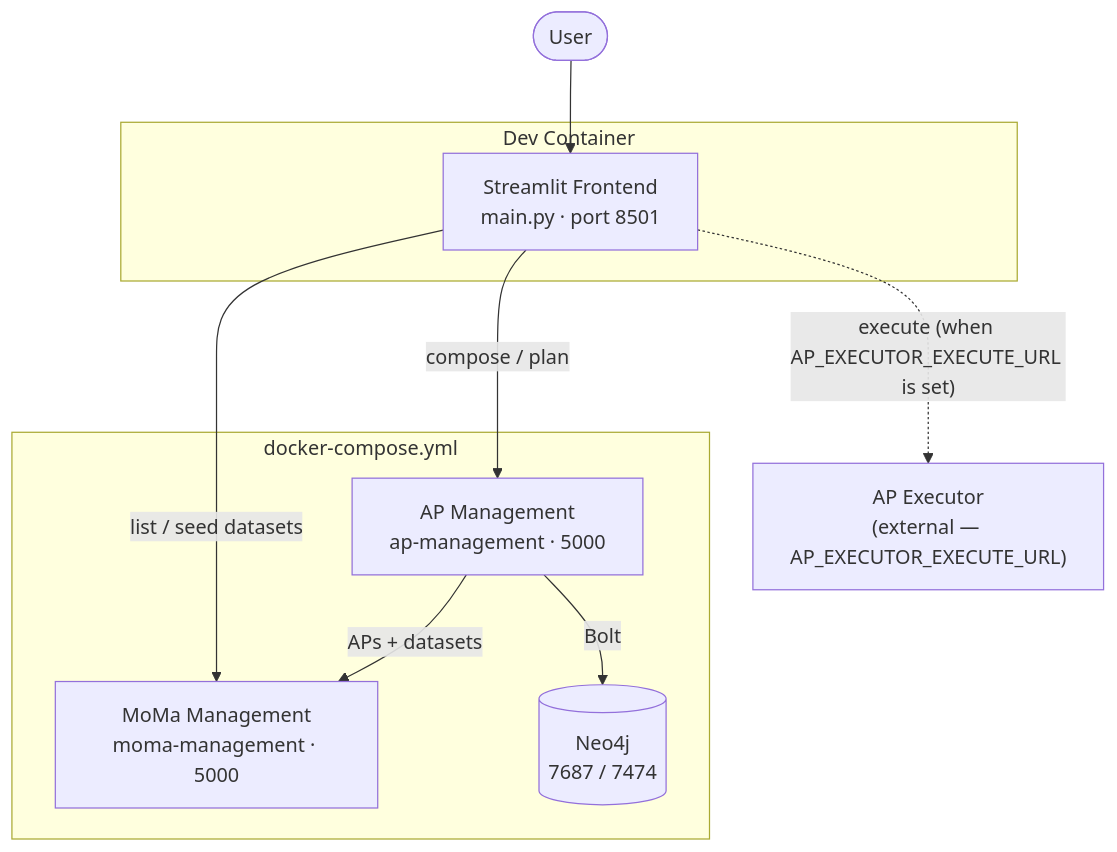
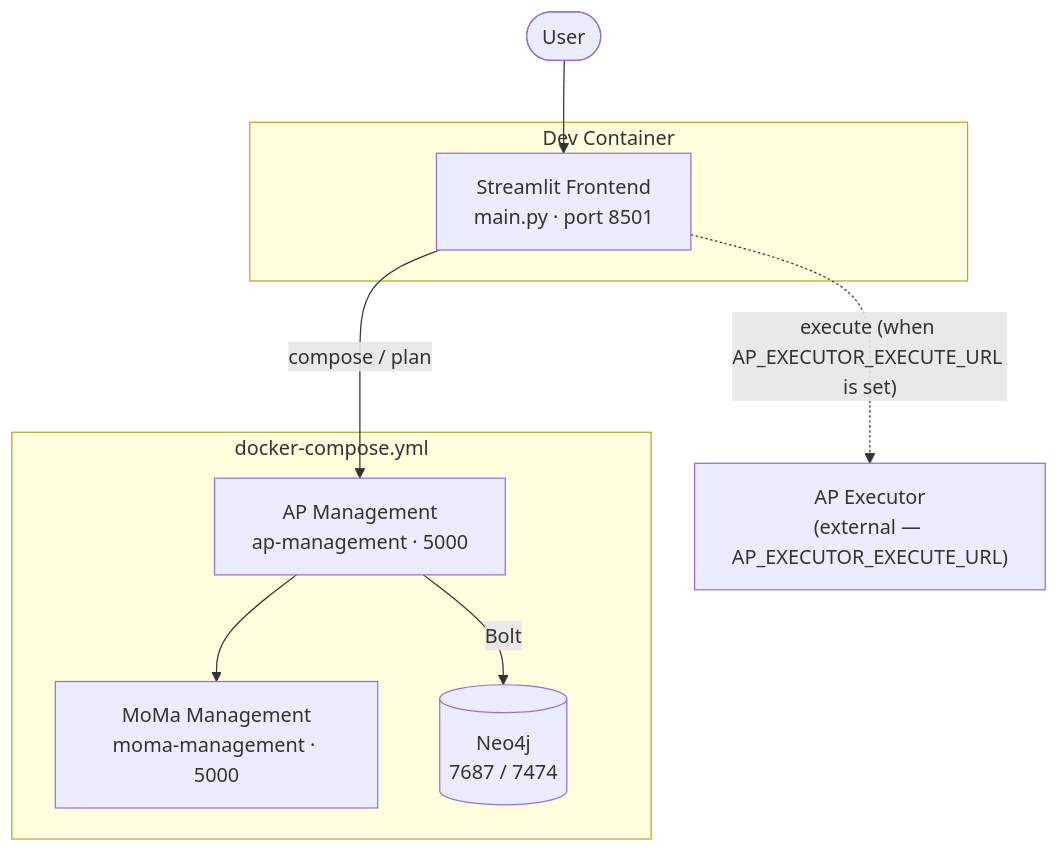
Before and after one commit to SoTrx/demo-ap-composition: the diagram in README.md, drawn with Mermaid. The commit also changed other lines of this file and 22 other files, not shown here.

````diff
--- a/README.md
+++ b/README.md
@@ -23,23 +22,22 @@
 ```mermaid
 graph TD
     User(["User"])
 
     subgraph devcontainer ["Dev Container"]
         Streamlit["Streamlit Frontend<br>main.py · port 8501"]
     end
 
     subgraph base ["docker-compose.yml"]
         APMgmt["AP Management<br>ap-management · 5000"]
         Moma["MoMa Management<br>moma-management · 5000"]
         Neo4j[("Neo4j<br>7687 / 7474")]
     end
 
     APExec["AP Executor<br>(external — AP_EXECUTOR_EXECUTE_URL)"]
 
     User --> Streamlit
     Streamlit -->|"compose / plan"| APMgmt
-    Streamlit -->|"list / seed datasets"| Moma
     APMgmt -->|"Bolt"| Neo4j
-    APMgmt -->|"APs + datasets"| Moma
+    APMgmt --> Moma
     Streamlit -.->|"execute (when AP_EXECUTOR_EXECUTE_URL is set)"| APExec
 ```
````
